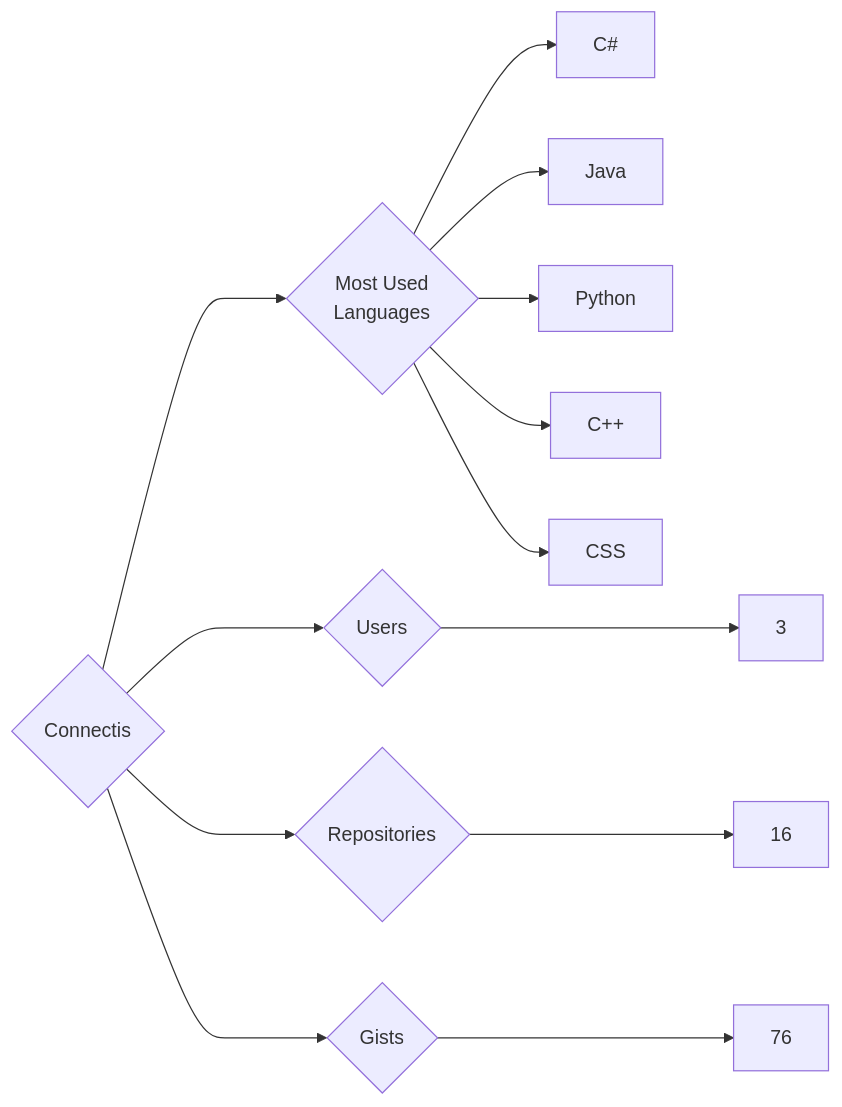
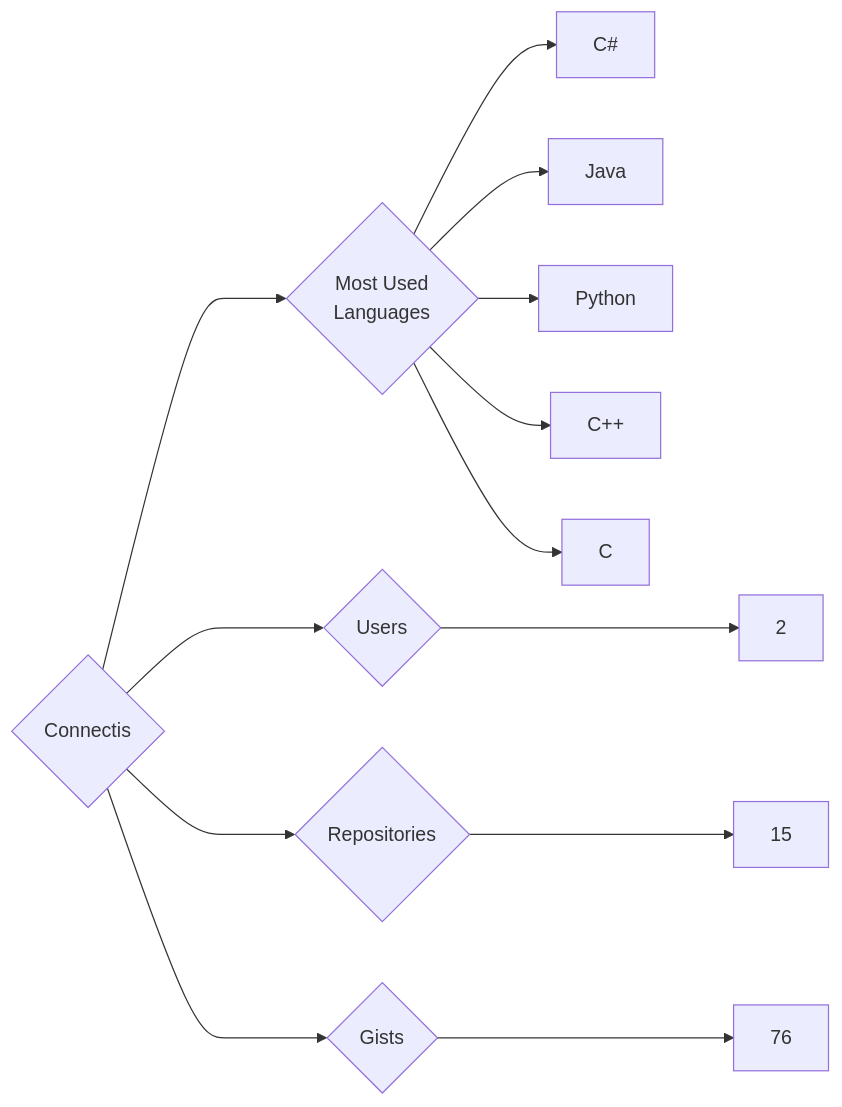
The diagram in targets/Connectis/README.md (trickest/insiders), drawn with Mermaid before and after one commit. The commit also changed 1088 other files, not shown here.

````diff
--- a/targets/Connectis/README.md
+++ b/targets/Connectis/README.md
@@ -3,13 +3,13 @@
 ```mermaid
 graph LR
 COMPANY_NAME{Connectis}
-COMPANY_NAME ---> U{Users} ---> UN[3]
-COMPANY_NAME ---> R{Repositories} ---> RN[16]
+COMPANY_NAME ---> U{Users} ---> UN[2]
+COMPANY_NAME ---> R{Repositories} ---> RN[15]
 COMPANY_NAME ---> G{Gists} ---> GN[76]
 COMPANY_NAME ---> ML{Most Used<br>Languages}
 ML --> C#[C#]
 ML --> Java[Java]
 ML --> Python[Python]
 ML --> C++[C++]
-ML --> CSS[CSS]
+ML --> C[C]
 ```
````
